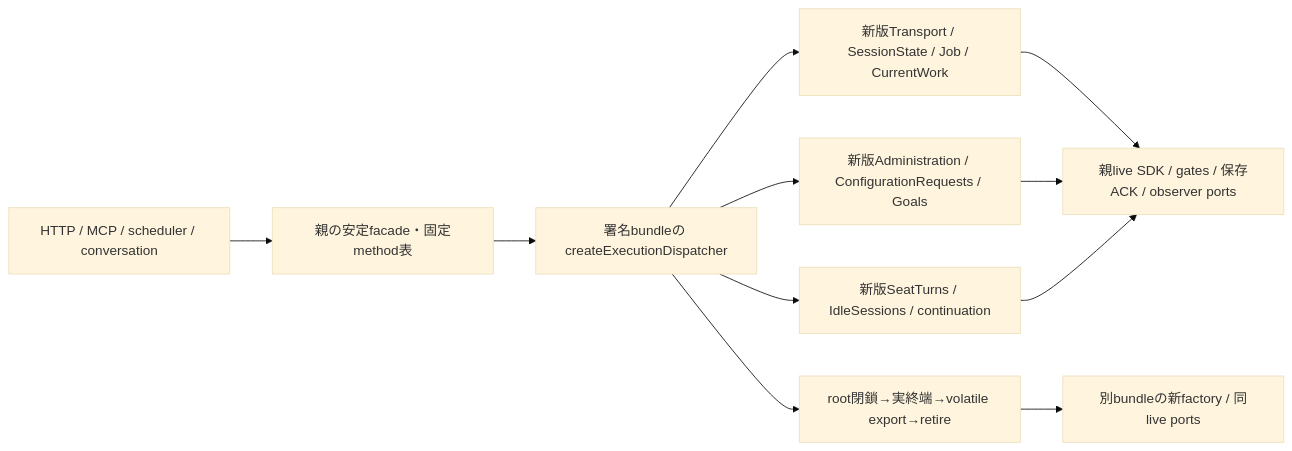
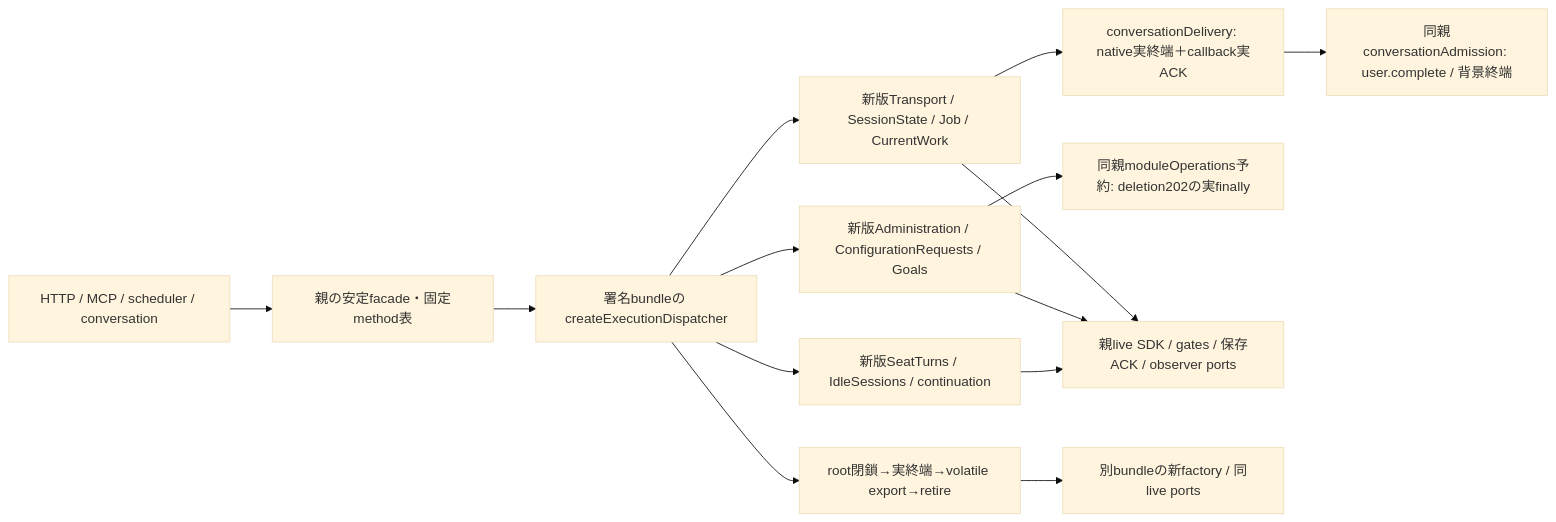
One commit to kitepon/BellTeam changed the first of 2 diagrams in docs/architecture/modules/execution/host-factory.md. Above: the diagram before and after it, drawn with Mermaid (base theme). The commit also changed other lines of this file and 5 other files, not shown here.

Commit message:
Preserve conversation completion and parent dual reservation with capacity continuation

````diff
--- a/docs/architecture/modules/execution/host-factory.md
+++ b/docs/architecture/modules/execution/host-factory.md
@@ -3,13 +3,16 @@
 ```mermaid
 flowchart LR
   Caller["HTTP / MCP / scheduler / conversation"] --> Facade["親の安定facade・固定method表"]
   Facade --> Engine["署名bundleの createExecutionDispatcher"]
   Engine --> Transport["新版Transport / SessionState / Job / CurrentWork"]
   Engine --> Admin["新版Administration / ConfigurationRequests / Goals"]
   Engine --> Producer["新版SeatTurns / IdleSessions / continuation"]
+  Transport --> Delivery["conversationDelivery: native実終端＋callback実ACK"]
+  Delivery --> Gate["同親conversationAdmission: user.complete / 背景終端"]
+  Admin --> Dual["同親moduleOperations予約: deletion202の実finally"]
   Transport --> Live["親live SDK / gates / 保存ACK / observer ports"]
   Admin --> Live
   Producer --> Live
   Engine --> Drain["root閉鎖→実終端→volatile export→retire"]
   Drain --> Next["別bundleの新factory / 同live ports"]
 ```
````
